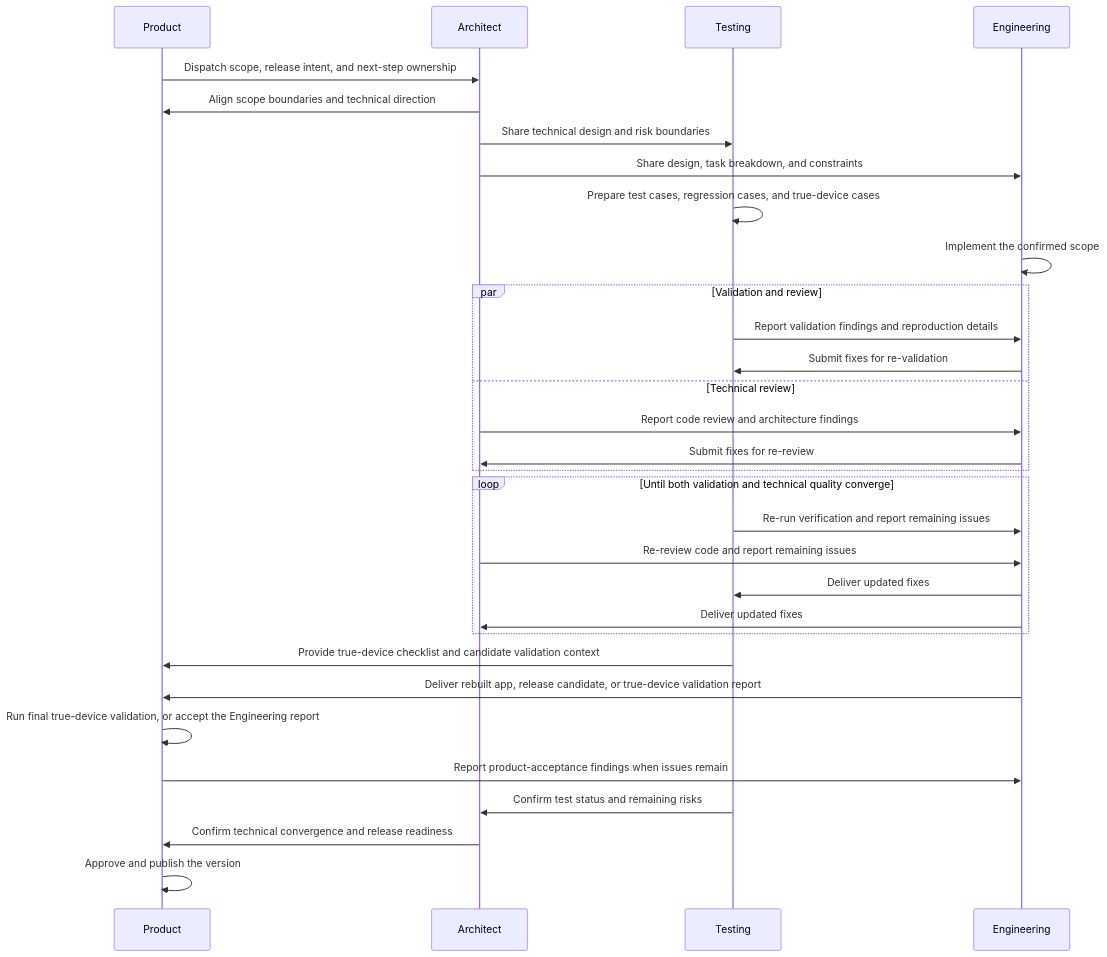
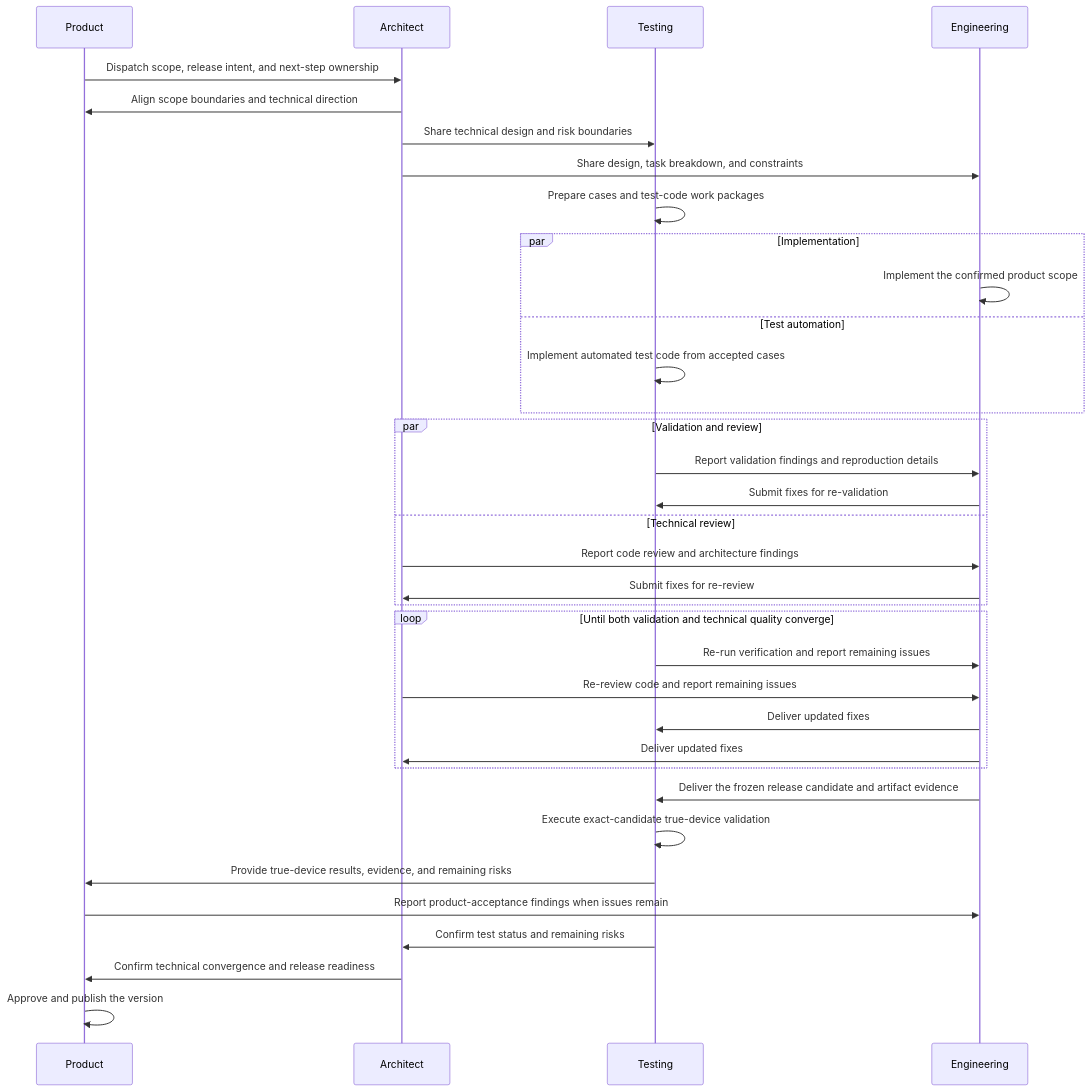
One commit to huimang/markhola changed the diagram in docs/role-collaboration-flow.md. Above: the diagram before and after it, drawn with Mermaid. The commit also changed other lines of this file and 7 other files, not shown here.

Commit message:
[update] architect: Align role collaboration and commit workflows

````diff
--- a/docs/role-collaboration-flow.md
+++ b/docs/role-collaboration-flow.md
@@ -94,37 +135,42 @@
 ```mermaid
 sequenceDiagram
   participant Product
   participant Architect
   participant Testing
   participant Engineering
 
   Product->>Architect: Dispatch scope, release intent, and next-step ownership
   Architect->>Product: Align scope boundaries and technical direction
   Architect->>Testing: Share technical design and risk boundaries
   Architect->>Engineering: Share design, task breakdown, and constraints
-  Testing->>Testing: Prepare test cases, regression cases, and true-device cases
-  Engineering->>Engineering: Implement the confirmed scope
+  Testing->>Testing: Prepare cases and test-code work packages
+
+  par Implementation
+    Engineering->>Engineering: Implement the confirmed product scope
+  and Test automation
+    Testing->>Testing: Implement automated test code from accepted cases
+  end
 
   par Validation and review
     Testing->>Engineering: Report validation findings and reproduction details
     Engineering->>Testing: Submit fixes for re-validation
   and Technical review
     Architect->>Engineering: Report code review and architecture findings
     Engineering->>Architect: Submit fixes for re-review
   end
 
   loop Until both validation and technical quality converge
     Testing->>Engineering: Re-run verification and report remaining issues
     Architect->>Engineering: Re-review code and report remaining issues
     Engineering->>Testing: Deliver updated fixes
     Engineering->>Architect: Deliver updated fixes
   end
 
-  Testing->>Product: Provide true-device checklist and candidate validation context
-  Engineering->>Product: Deliver rebuilt app, release candidate, or true-device validation report
-  Product->>Product: Run final true-device validation, or accept the Engineering report
+  Engineering->>Testing: Deliver the frozen release candidate and artifact evidence
+  Testing->>Testing: Execute exact-candidate true-device validation
+  Testing->>Product: Provide true-device results, evidence, and remaining risks
   Product->>Engineering: Report product-acceptance findings when issues remain
   Testing->>Architect: Confirm test status and remaining risks
   Architect->>Product: Confirm technical convergence and release readiness
   Product->>Product: Approve and publish the version
 ```
````
